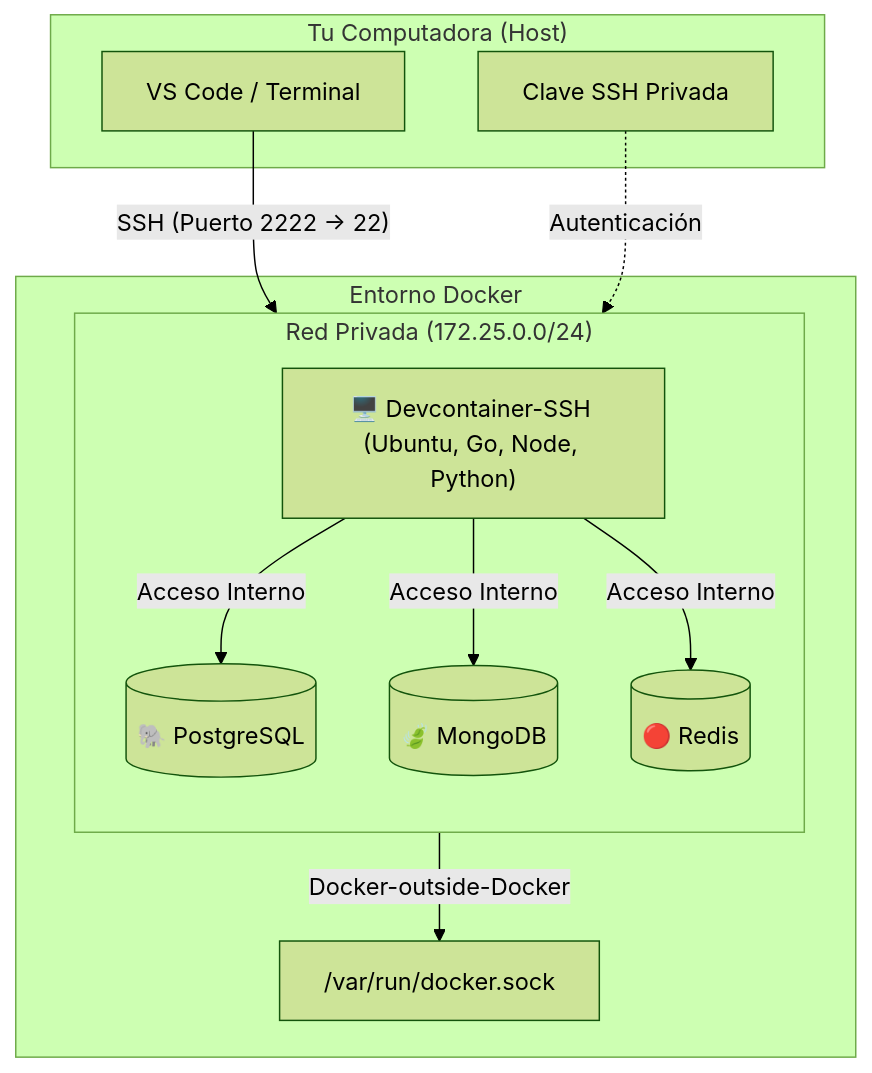
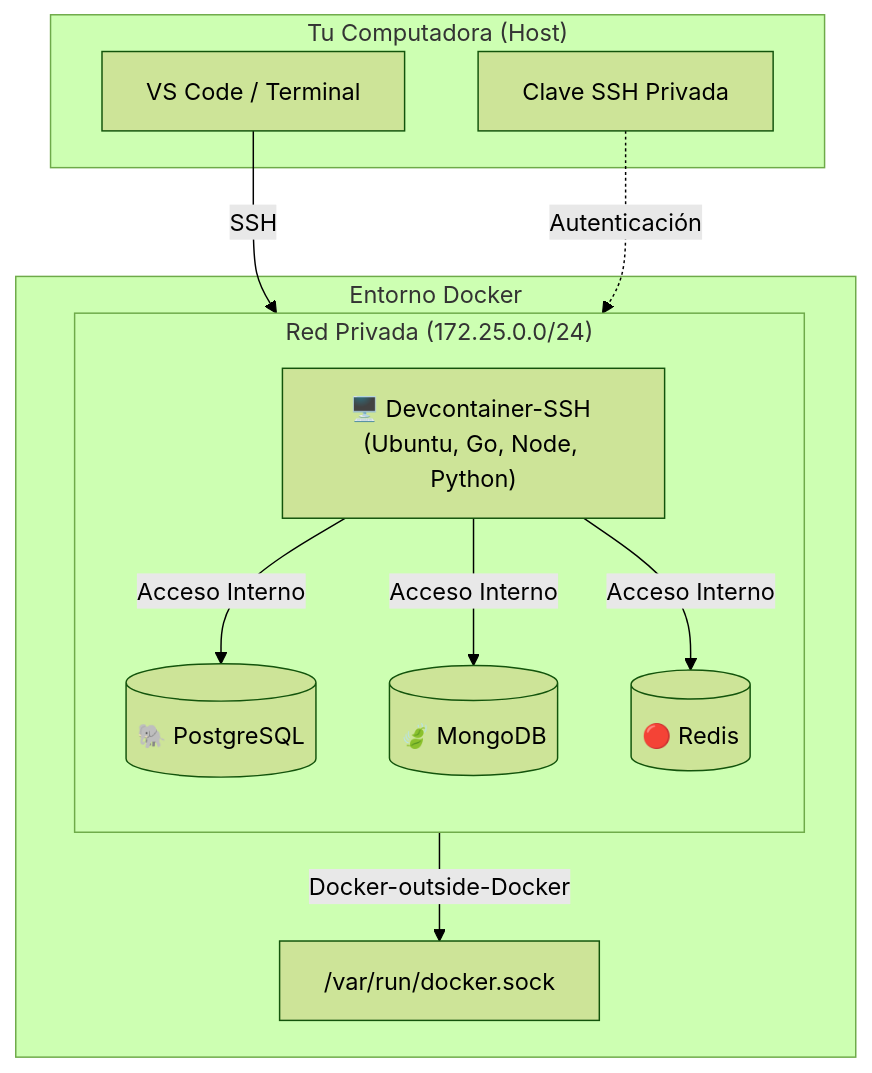
Before and after one commit to Joacohbc/my-devcontainer-installer: the first of 4 diagrams in README.md, drawn with Mermaid (forest theme).

Commit message:
Simplify SSH connection description in README

````diff
--- a/README.md
+++ b/README.md
@@ -11,30 +11,30 @@
 ```mermaid
 graph TD
     subgraph Host["Tu Computadora (Host)"]
         VSCode["VS Code / Terminal"]
         SSHKey["Clave SSH Privada"]
     end
 
     subgraph DockerEnv["Entorno Docker"]
         
         subgraph Services["Red Privada (172.25.0.0/24)"]
             direction TB
             DevContainer["🖥️ Devcontainer-SSH (Ubuntu, Go, Node, Python)"]
             Postgres[("🐘 PostgreSQL")]
             Mongo[("🍃 MongoDB")]
             Redis[("🔴 Redis")]
         end
 
         DockerSock["/var/run/docker.sock"]
     end
 
     %% Conexiones
-    VSCode -- "SSH (Puerto 2222 -> 22)" --> DevContainer
+    VSCode -- "SSH" --> DevContainer
     SSHKey -. "Autenticación" .-> DevContainer
     
     DevContainer -- "Acceso Interno" --> Postgres
     DevContainer -- "Acceso Interno" --> Mongo
     DevContainer -- "Acceso Interno" --> Redis
     
     DevContainer -- "Docker-outside-Docker" --> DockerSock
 ```
````
